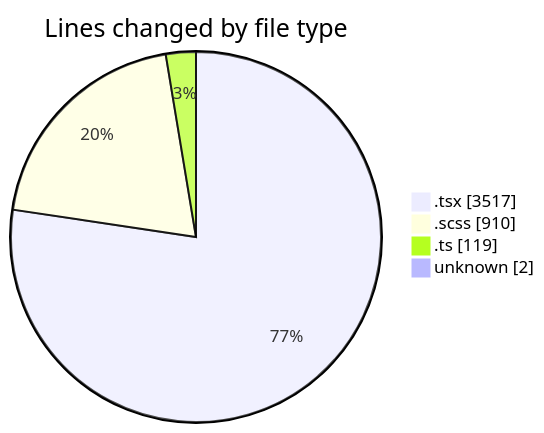
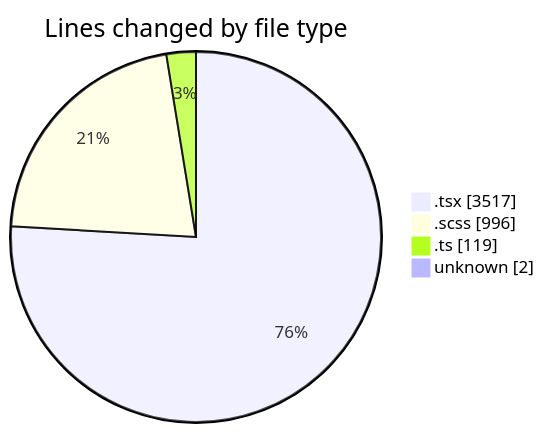
One commit to momahboobian/code-tracking changed the first of 2 diagrams in 2025-06-13/cda/README.md. Above: the diagram before and after it, drawn with Mermaid. The commit also changed other lines of this file and 1 other file, not shown here.

````diff
--- a/2025-06-13/cda/README.md
+++ b/2025-06-13/cda/README.md
@@ -37,8 +38,8 @@
 ```mermaid
 pie showData
 title Lines changed by file type
 ".tsx" : 3517
-".scss" : 910
+".scss" : 996
 ".ts" : 119
 "unknown" : 2
 ```
````
